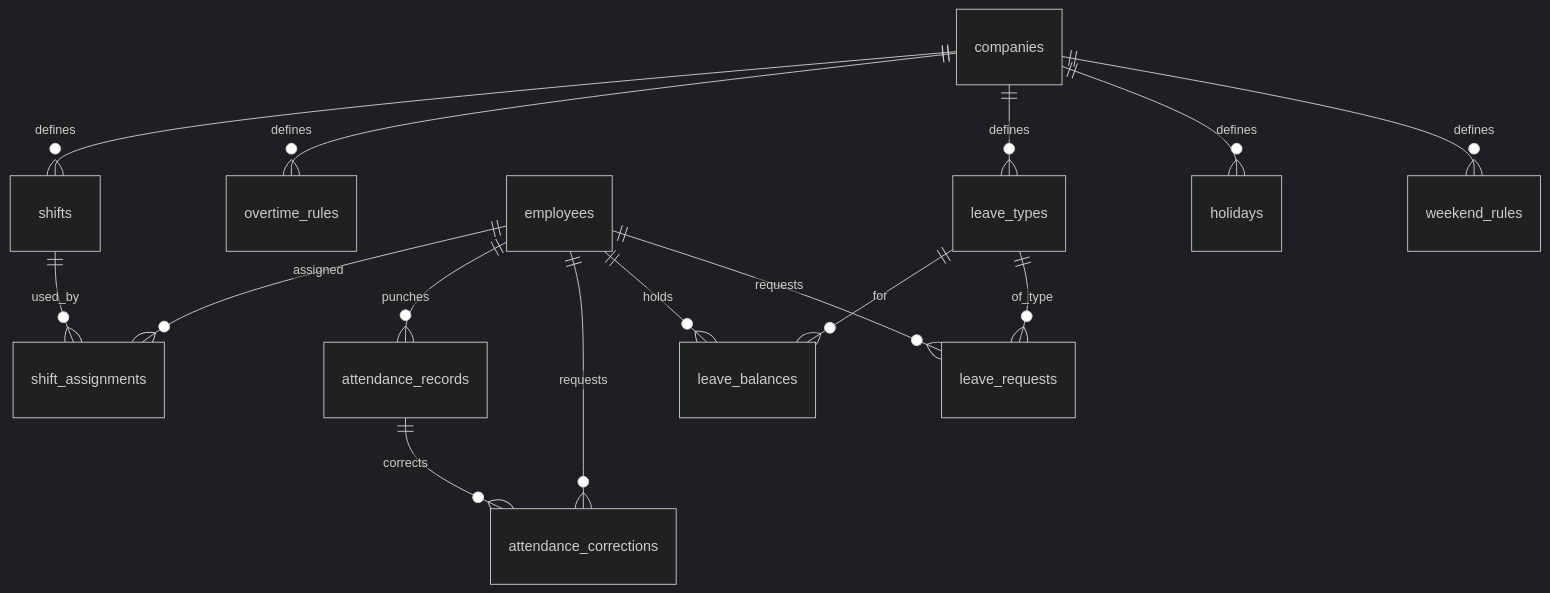
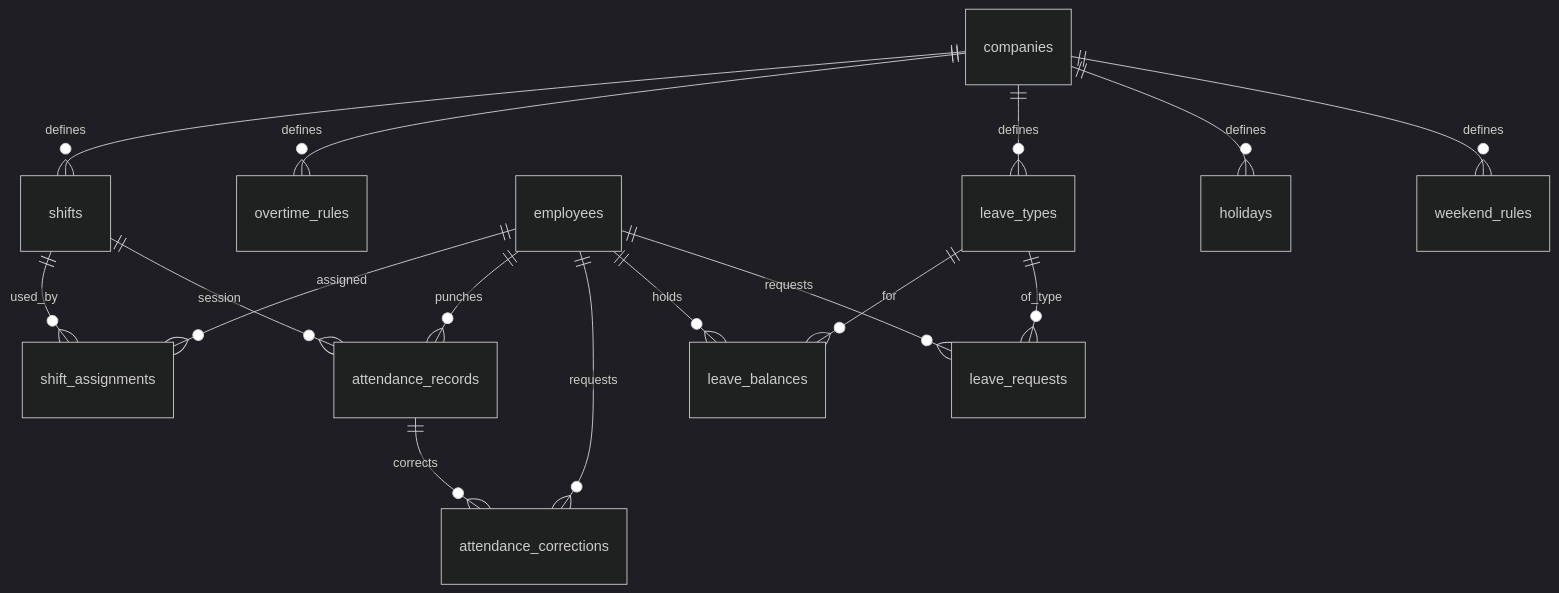
Before and after one commit to TranMinhPhuc220420/jindo-plt-hrm: the fifth of 9 diagrams in docs/03-database/ERD.md, drawn with Mermaid (dark theme). The commit also changed 49 other files, not shown here.

````diff
--- a/docs/03-database/ERD.md
+++ b/docs/03-database/ERD.md
@@ -105,17 +105,18 @@
 ```mermaid
 erDiagram
   companies ||--o{ shifts : defines
   companies ||--o{ overtime_rules : defines
   employees ||--o{ shift_assignments : assigned
   shifts ||--o{ shift_assignments : used_by
   employees ||--o{ attendance_records : punches
+  shifts ||--o{ attendance_records : session
   employees ||--o{ attendance_corrections : requests
   attendance_records ||--o{ attendance_corrections : corrects
   companies ||--o{ leave_types : defines
   employees ||--o{ leave_balances : holds
   leave_types ||--o{ leave_balances : for
   employees ||--o{ leave_requests : requests
   leave_types ||--o{ leave_requests : of_type
   companies ||--o{ holidays : defines
   companies ||--o{ weekend_rules : defines
 ```
````
